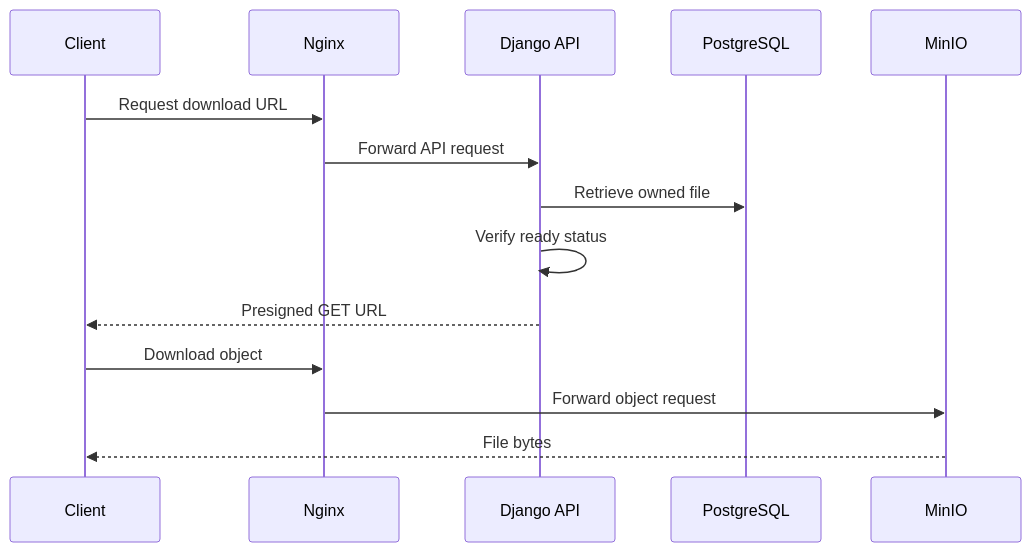
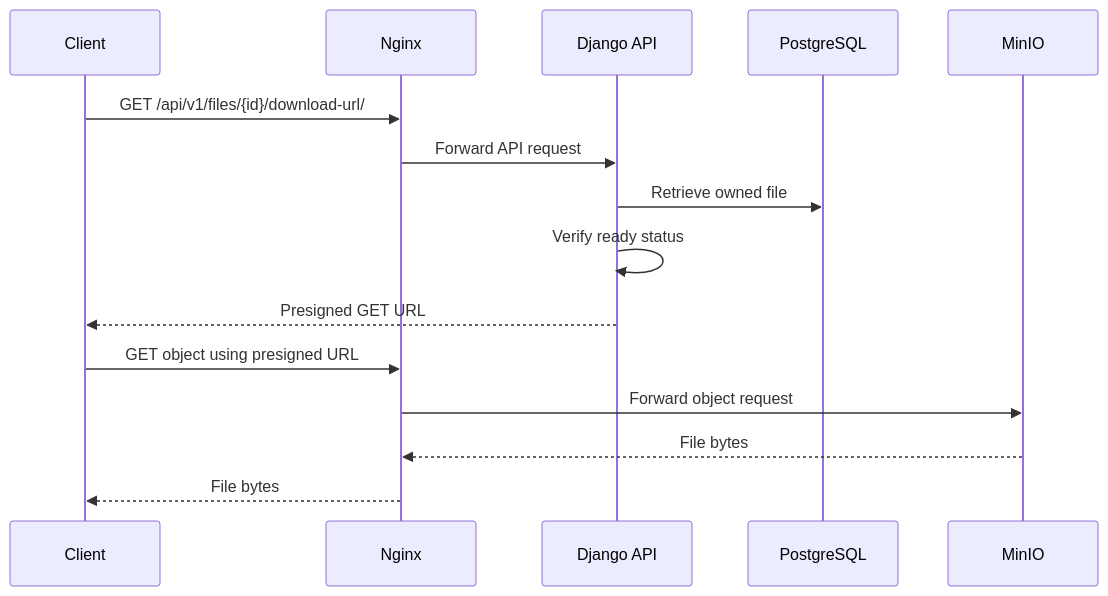
Before and after one commit to MHN-git/cloud-drive: the second of 2 diagrams in ARCHITECTURE.md, drawn with Mermaid. The commit also changed other lines of this file and 8 other files, not shown here.

````diff
--- a/ARCHITECTURE.md
+++ b/ARCHITECTURE.md
@@ -209,18 +267,19 @@
 ```mermaid
 sequenceDiagram
     participant C as Client
     participant N as Nginx
     participant A as Django API
     participant D as PostgreSQL
     participant M as MinIO
 
-    C->>N: Request download URL
+    C->>N: GET /api/v1/files/{id}/download-url/
     N->>A: Forward API request
     A->>D: Retrieve owned file
     A->>A: Verify ready status
     A-->>C: Presigned GET URL
 
-    C->>N: Download object
+    C->>N: GET object using presigned URL
     N->>M: Forward object request
-    M-->>C: File bytes
+    M-->>N: File bytes
+    N-->>C: File bytes
 ```
````
